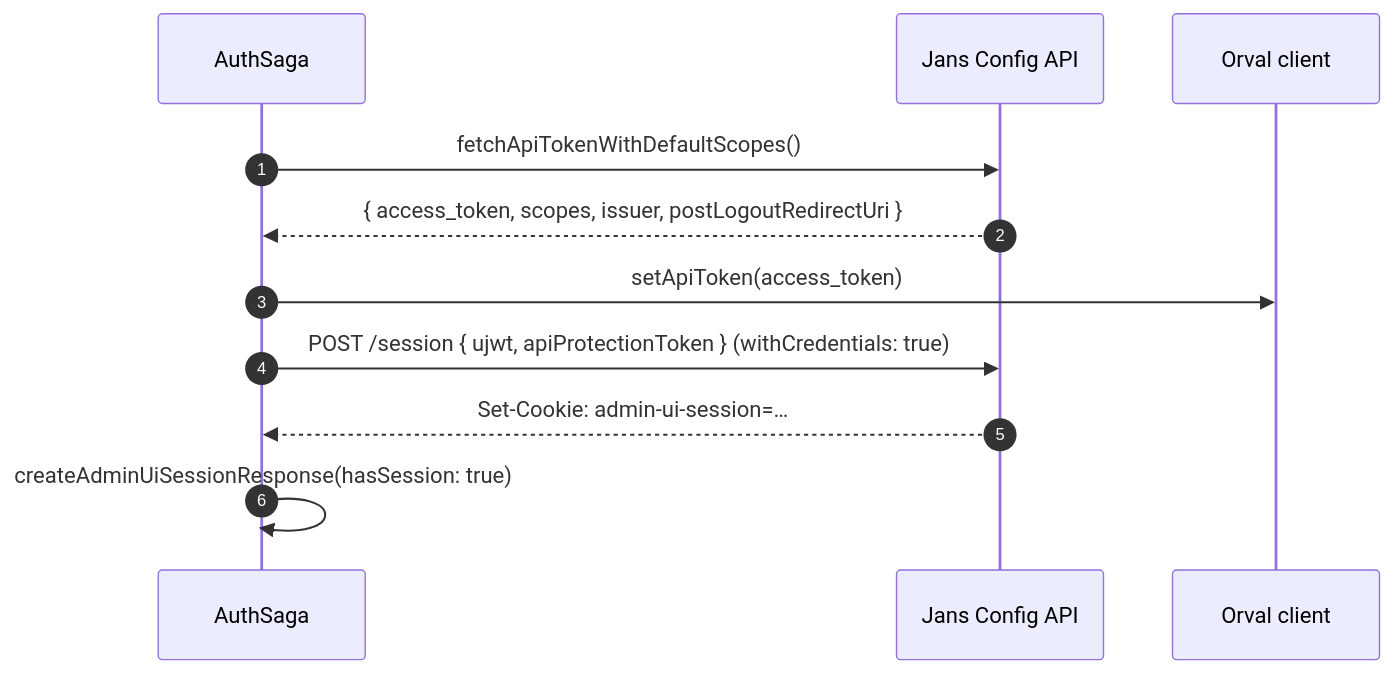
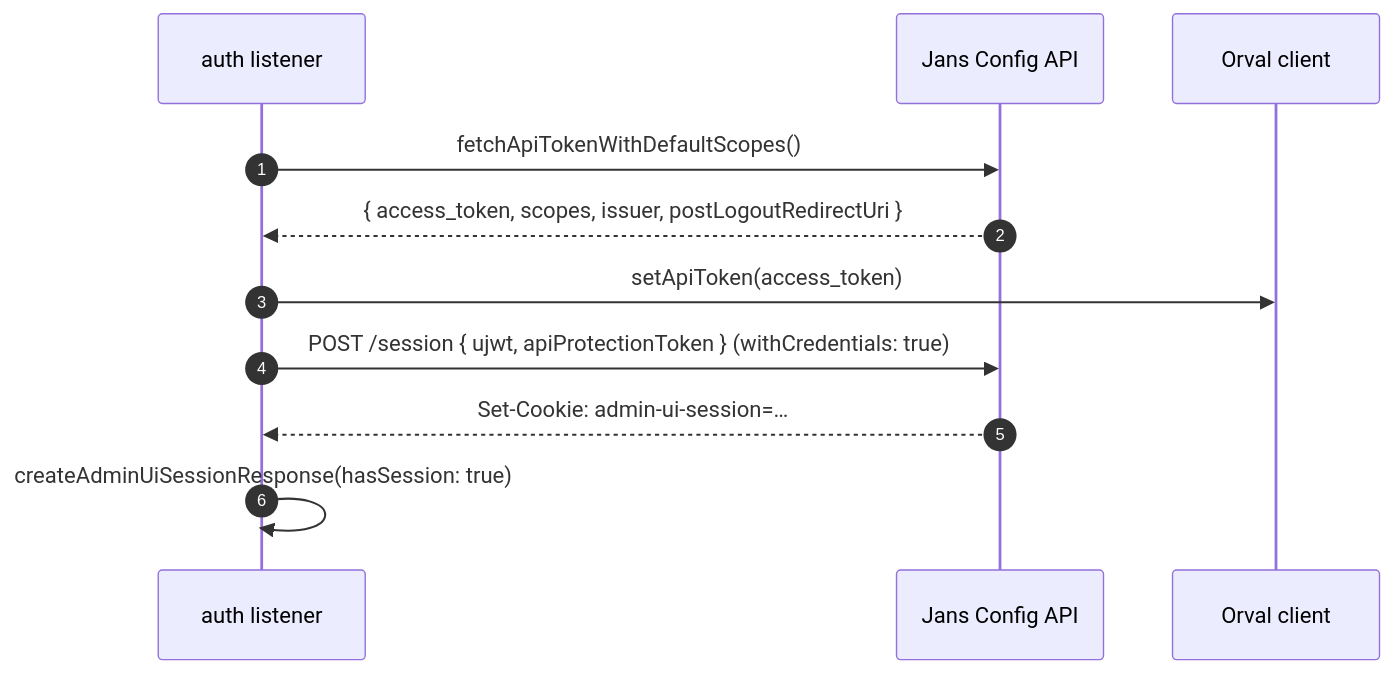
The second of 3 diagrams in admin-ui/docs/auth.md (GluuFederation/flex), drawn with Mermaid before and after one commit. The commit also changed other lines of this file and 33 other files, not shown here.

Commit message:
refactor(admin-ui): migrate Auth Server config-scripts flow off saga and remove redux-saga (#2866)

````diff
--- a/admin-ui/docs/auth.md
+++ b/admin-ui/docs/auth.md
@@ -67,14 +67,14 @@
 ```mermaid
 sequenceDiagram
     autonumber
-    participant Saga as AuthSaga
+    participant Listener as auth listener
     participant API as Jans Config API
     participant Orval as Orval client
 
-    Saga->>API: fetchApiTokenWithDefaultScopes()
-    API-->>Saga: { access_token, scopes, issuer, postLogoutRedirectUri }
-    Saga->>Orval: setApiToken(access_token)
-    Saga->>API: POST /session { ujwt, apiProtectionToken } (withCredentials: true)
-    API-->>Saga: Set-Cookie: admin-ui-session=…
-    Saga->>Saga: createAdminUiSessionResponse(hasSession: true)
+    Listener->>API: fetchApiTokenWithDefaultScopes()
+    API-->>Listener: { access_token, scopes, issuer, postLogoutRedirectUri }
+    Listener->>Orval: setApiToken(access_token)
+    Listener->>API: POST /session { ujwt, apiProtectionToken } (withCredentials: true)
+    API-->>Listener: Set-Cookie: admin-ui-session=…
+    Listener->>Listener: createAdminUiSessionResponse(hasSession: true)
 ```
````
